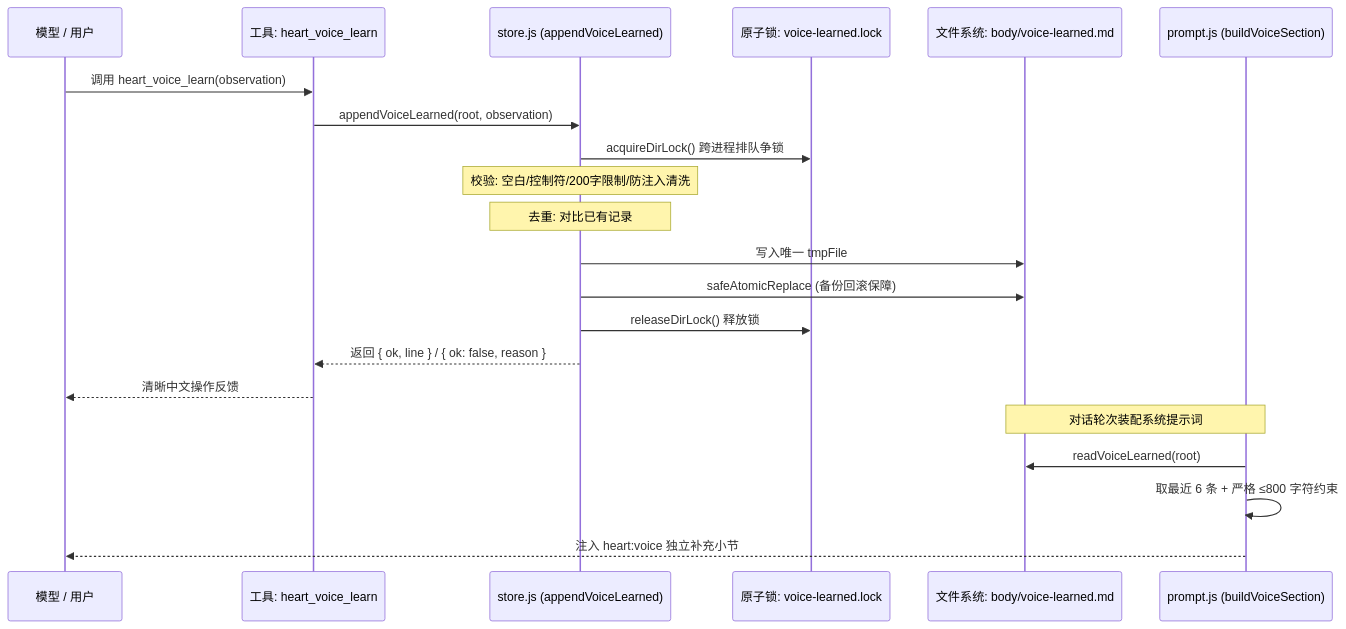
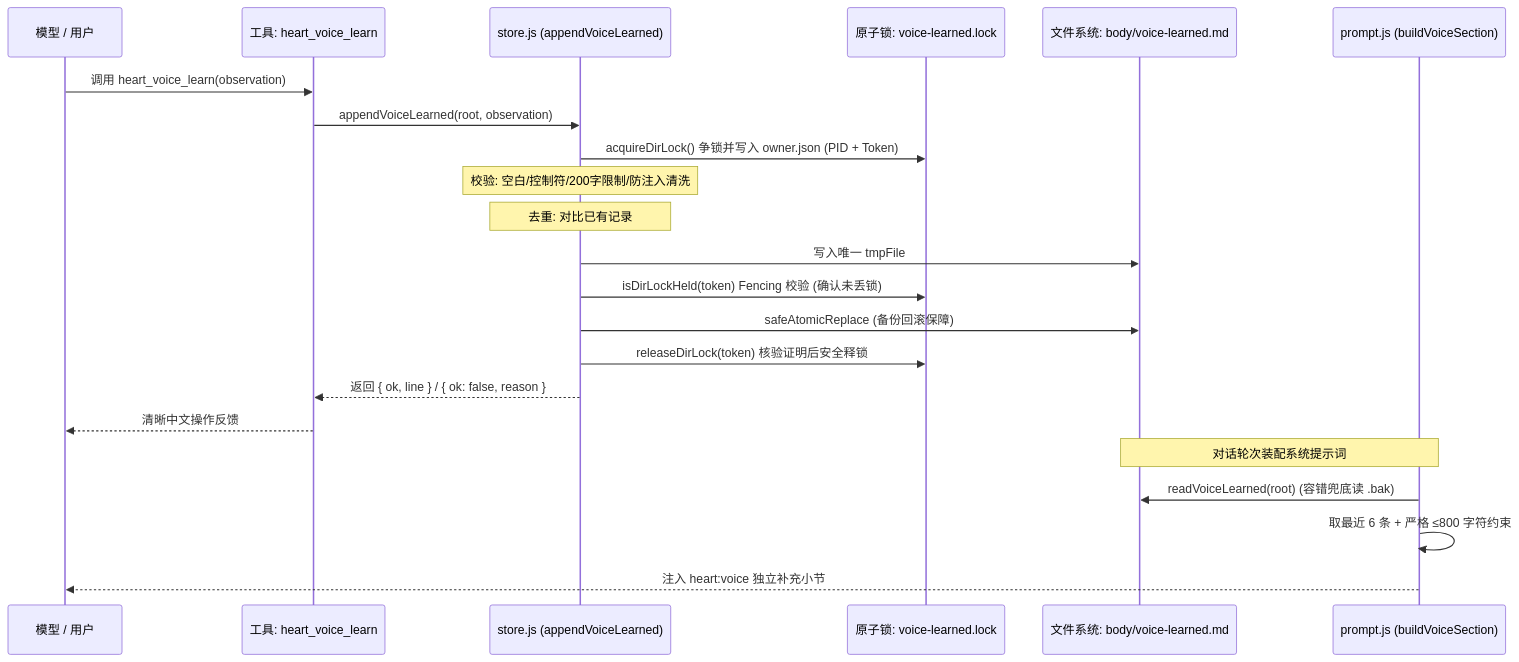
Before and after one commit to kirigayakazima/dsh-heart: the diagram in docs/step1-voice-evolution-review.md, drawn with Mermaid. The commit also changed other lines of this file and 2 other files, not shown here.

Commit message:
fix(voice): 加固锁所有权凭据、防误删竞态与写盘Fencing校验，完善备份降级

````diff
--- a/docs/step1-voice-evolution-review.md
+++ b/docs/step1-voice-evolution-review.md
@@ -34,25 +34,26 @@
 ```mermaid
 sequenceDiagram
     participant Agent as 模型 / 用户
     participant Tool as 工具: heart_voice_learn
     participant Store as store.js (appendVoiceLearned)
     participant Lock as 原子锁: voice-learned.lock
     participant FS as 文件系统: body/voice-learned.md
     participant Prompt as prompt.js (buildVoiceSection)
 
     Agent->>Tool: 调用 heart_voice_learn(observation)
     Tool->>Store: appendVoiceLearned(root, observation)
-    Store->>Lock: acquireDirLock() 跨进程排队争锁
+    Store->>Lock: acquireDirLock() 争锁并写入 owner.json (PID + Token)
     Note over Store: 校验: 空白/控制符/200字限制/防注入清洗
     Note over Store: 去重: 对比已有记录
     Store->>FS: 写入唯一 tmpFile
+    Store->>Lock: isDirLockHeld(token) Fencing 校验 (确认未丢锁)
     Store->>FS: safeAtomicReplace (备份回滚保障)
-    Store->>Lock: releaseDirLock() 释放锁
+    Store->>Lock: releaseDirLock(token) 核验证明后安全释锁
     Store-->>Tool: 返回 { ok, line } / { ok: false, reason }
     Tool-->>Agent: 清晰中文操作反馈
 
     Note over Prompt,FS: 对话轮次装配系统提示词
-    Prompt->>FS: readVoiceLearned(root)
+    Prompt->>FS: readVoiceLearned(root) (容错兜底读 .bak)
     Prompt->>Prompt: 取最近 6 条 + 严格 ≤800 字符约束
     Prompt-->>Agent: 注入 heart:voice 独立补充小节
 ```
````
